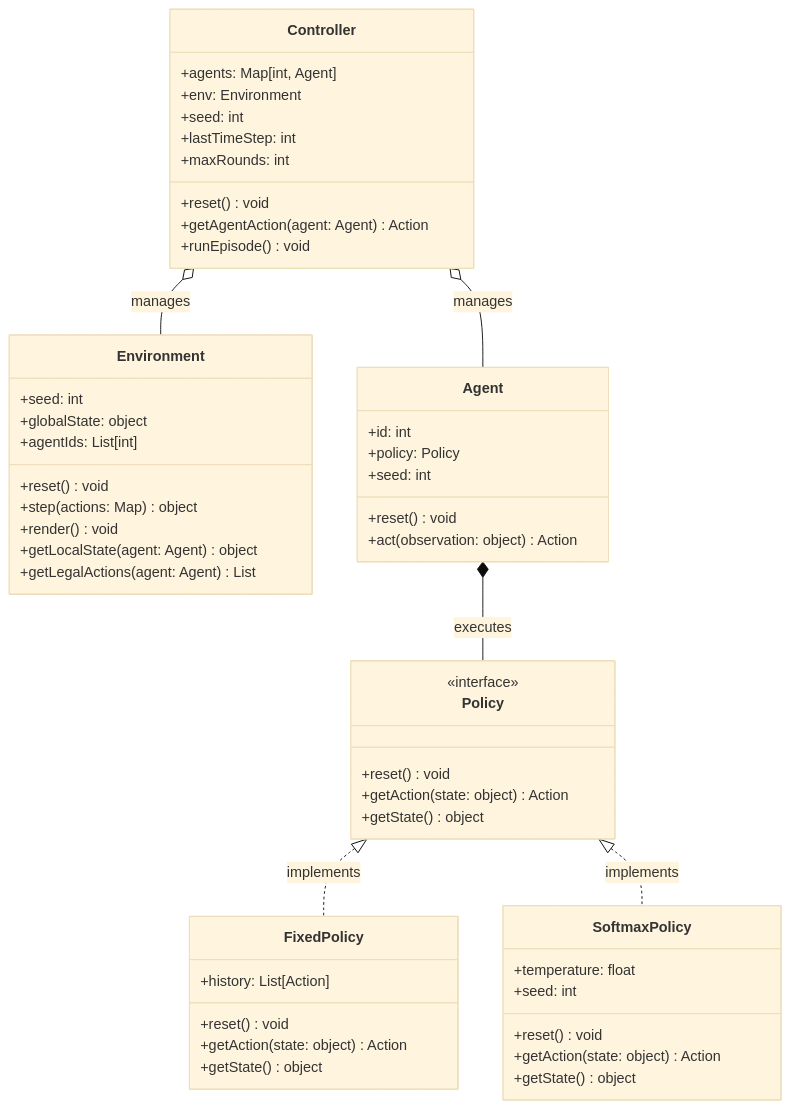
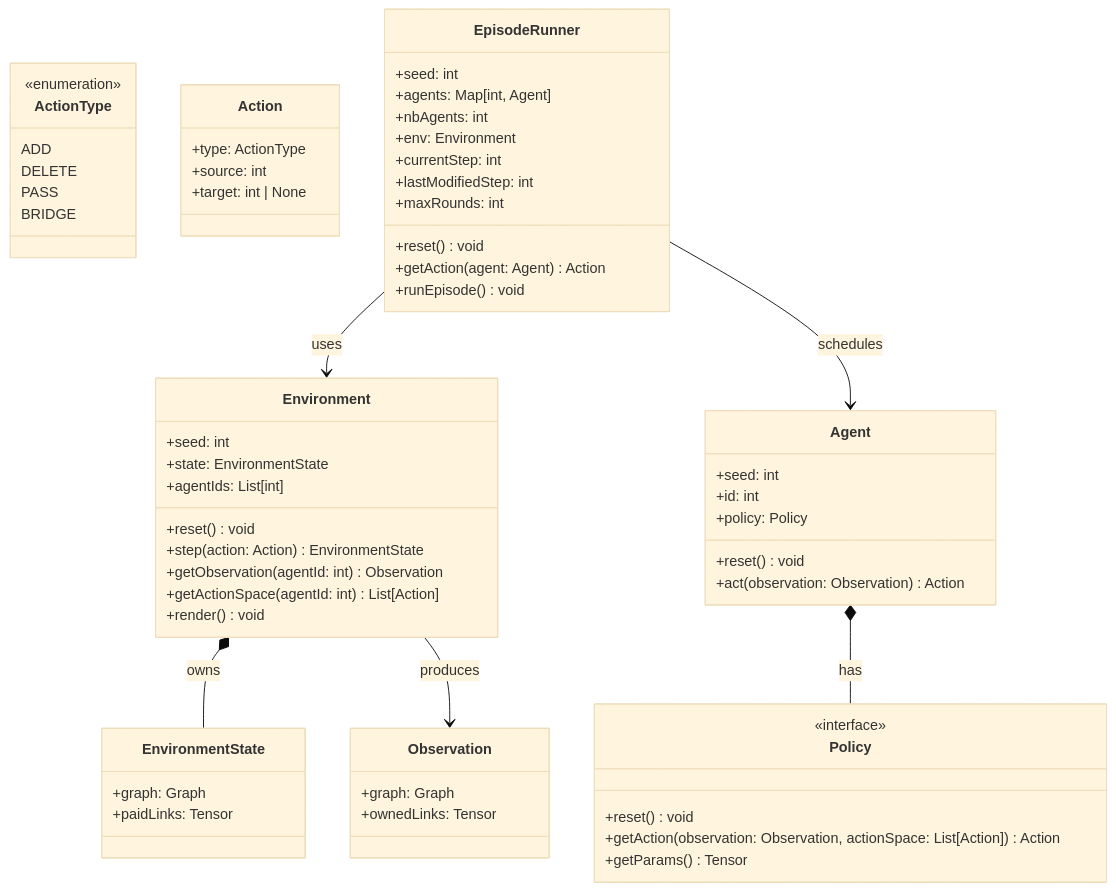
The diagram in docs/core_class_diagram.md (hdahmou/Network_creation), drawn with Mermaid (base theme) before and after one commit.

Commit message:
feat: update core class diagram to reflect new architecture and relationships

````diff
--- a/docs/core_class_diagram.md
+++ b/docs/core_class_diagram.md
@@ -1,61 +1,74 @@
 ```mermaid
     classDiagram
+
     class Environment {
-    +seed: int
-    +globalState: object
-    +agentIds: List[int]
-    +reset() void
-    +step(actions: Map) object
-    +render() void
-    +getLocalState(agent: Agent) object
-    +getLegalActions(agent: Agent) List
+        +seed: int
+        +state: EnvironmentState
+        +agentIds: List[int]
+        +reset() void
+        +step(action: Action) EnvironmentState
+        +getObservation(agentId: int) Observation
+        +getActionSpace(agentId: int) List[Action]
+        +render() void
     }
 
-        class Controller {
-            +agents: Map[int, Agent]
-            +env: Environment
-            +seed: int
-            +lastTimeStep: int
-            +maxRounds: int
-            +reset() void
-            +getAgentAction(agent: Agent) Action
-            +runEpisode() void
-        }
+    class EnvironmentState {
+        +graph: Graph
+        +paidLinks: Tensor
+    }
 
-        class Agent {
-            +id: int
-            +policy: Policy
-            +seed: int
-            +reset() void
-            +act(observation: object) Action
-        }
+    class Observation {
+        +graph: Graph
+        +ownedLinks: Tensor
+    }
 
-        class Policy {
-            <<interface>>
-            +reset() void
-            +getAction(state: object) Action
-            +getState() object
-        }
+    class ActionType {
+        <<enumeration>>
+        ADD
+        DELETE
+        PASS
+        BRIDGE
+    }
 
-        class FixedPolicy {
-            +history: List[Action]
-            +reset() void
-            +getAction(state: object) Action
-            +getState() object
-        }
+    class Action {
+        +type: ActionType
+        +source: int
+        +target: int | None
+    }
 
-        class SoftmaxPolicy {
-            +temperature: float
-            +seed: int
-            +reset() void
-            +getAction(state: object) Action
-            +getState() object
-        }
+    class EpisodeRunner {
+        +seed: int
+        +agents: Map[int, Agent]
+        +nbAgents: int
+        +env: Environment
+        +currentStep: int
+        +lastModifiedStep: int
+        +maxRounds: int
+        +reset() void
+        +getAction(agent: Agent) Action
+        +runEpisode() void
+    }
 
-        %% Relationships
-        Controller o-- Environment : manages
-        Controller o-- Agent : manages
-        Agent *-- Policy : executes
-        Policy <|.. FixedPolicy : implements
-        Policy <|.. SoftmaxPolicy : implements
+    class Agent {
+        +seed: int
+        +id: int
+        +policy: Policy
+        +reset() void
+        +act(observation: Observation) Action
+    }
+
+    class Policy {
+        <<interface>>
+        +reset() void
+        +getAction(observation: Observation, actionSpace: List[Action]) Action
+        +getParams() Tensor
+    }
+
+
+    %% Relationships
+    EpisodeRunner --> Environment : uses
+    EpisodeRunner --> Agent : schedules
+    Environment *-- EnvironmentState : owns
+    Environment --> Observation : produces
+    Agent *-- Policy : has
 ```
````
